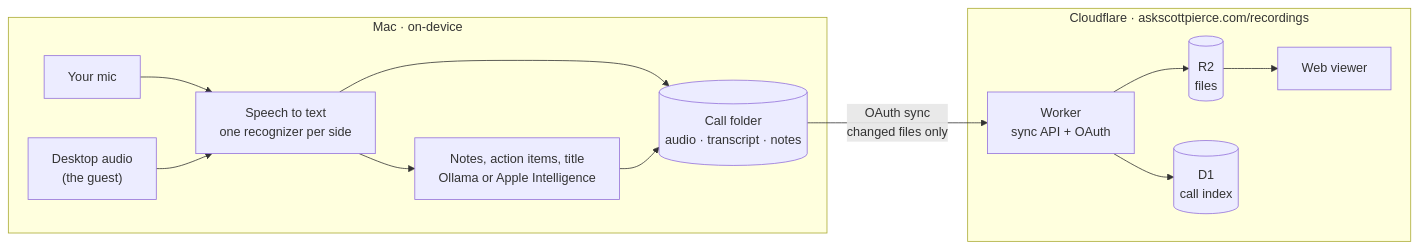
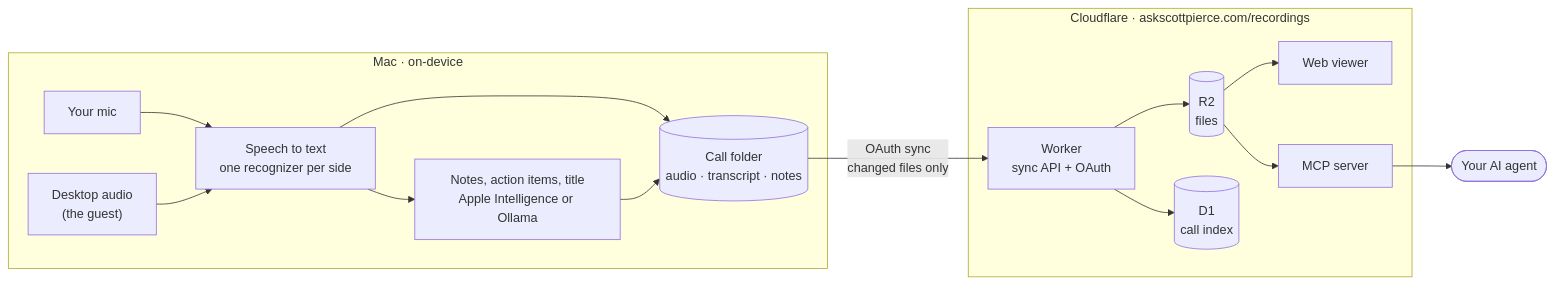
The diagram in README.md (ddrscott/cf-recorder), drawn with Mermaid before and after one commit. The commit also changed other lines of this file and 7 other files, not shown here.

````diff
--- a/README.md
+++ b/README.md
@@ -91,16 +19,18 @@
 ```mermaid
 flowchart LR
     subgraph mac["Mac · on-device"]
         mic["Your mic"] --> stt["Speech to text<br/>one recognizer per side"]
         desk["Desktop audio<br/>(the guest)"] --> stt
-        stt --> notes["Notes, action items, title<br/>Ollama or Apple Intelligence"]
+        stt --> notes["Notes, action items, title<br/>Apple Intelligence or Ollama"]
         stt --> folder[("Call folder<br/>audio · transcript · notes")]
         notes --> folder
     end
     subgraph cf["Cloudflare · askscottpierce.com/recordings"]
         api["Worker<br/>sync API + OAuth"] --> r2[("R2<br/>files")]
         api --> d1[("D1<br/>call index")]
         r2 --> web["Web viewer"]
+        r2 --> mcp["MCP server"]
     end
     folder -- "OAuth sync<br/>changed files only" --> api
+    mcp --> agent(["Your AI agent"])
 ```
````
